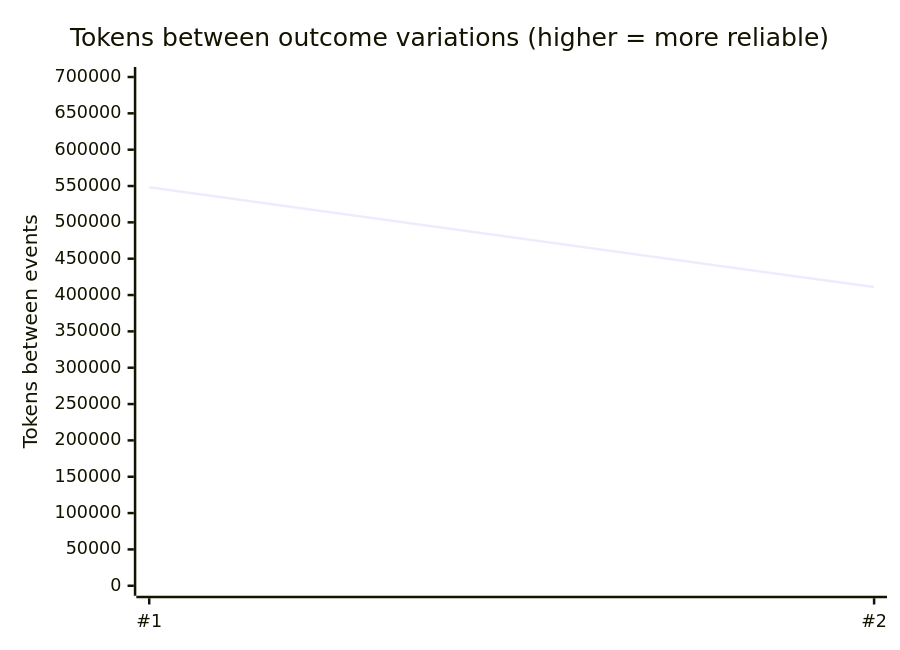
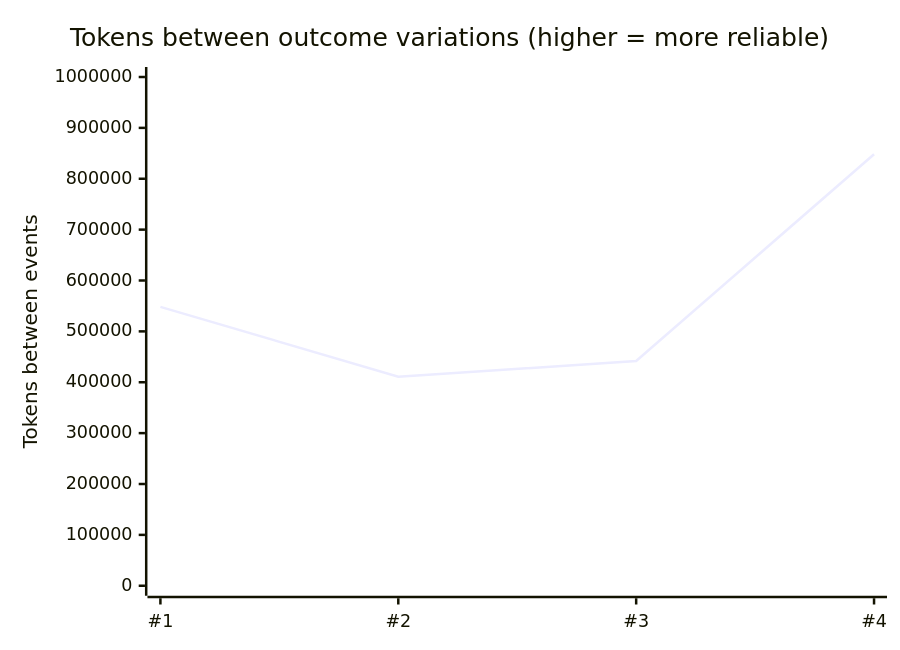
The second of 2 diagrams in ts/packages/defaultAgentProvider/test/reliability/README.md (microsoft/TypeAgent), drawn with Mermaid before and after one commit. The commit also changed other lines of this file and 1 other file, not shown here.

````diff
--- a/ts/packages/defaultAgentProvider/test/reliability/README.md
+++ b/ts/packages/defaultAgentProvider/test/reliability/README.md
@@ -39,7 +39,7 @@
 ```mermaid
 xychart-beta
     title "Tokens between outcome variations (higher = more reliable)"
-    x-axis ["#1", "#2"]
-    y-axis "Tokens between events" 0 --> 700000
-    line [548190, 410938]
+    x-axis ["#1", "#2", "#3", "#4"]
+    y-axis "Tokens between events" 0 --> 1000000
+    line [548190, 410938, 441657, 848281]
 ```
````
